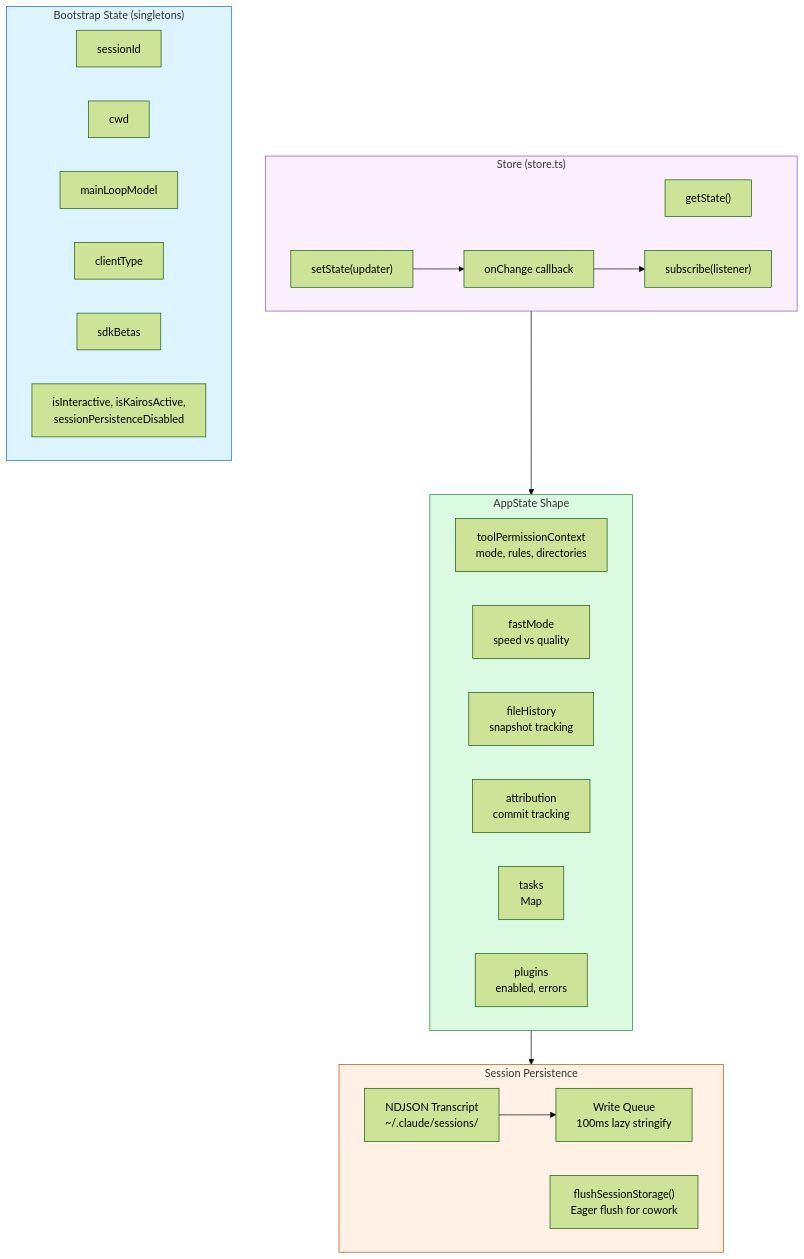
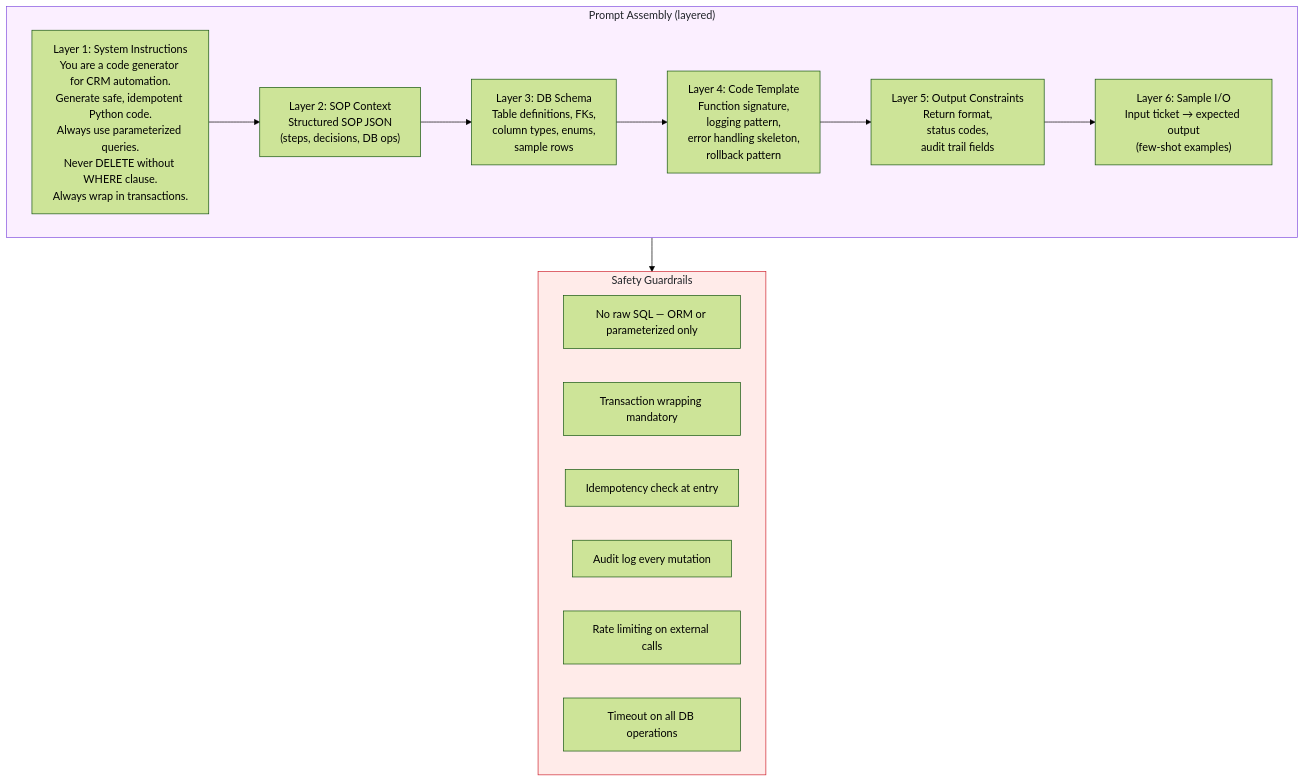
One commit to KiZamaDo/KiZamaDo.github.io changed the fifth of 12 diagrams in README.md. Above: the diagram before and after it, drawn with Mermaid (forest theme). The commit also changed other lines of this file, not shown here.

```diff
--- a/README.md
+++ b/README.md
@@ -450,44 +390,26 @@
   <div class="mermaid">
 graph TB
-    subgraph Store["Store (store.ts)"]
-        GET["getState()"]
-        SET["setState(updater)"]
-        SUB["subscribe(listener)"]
-        ONCHANGE["onChange callback"]
+    subgraph PromptLayers["Prompt Assembly (layered)"]
+        L1["Layer 1: System Instructions<br/>You are a code generator for CRM automation.<br/>Generate safe, idempotent Python code.<br/>Always use parameterized queries.<br/>Never DELETE without WHERE clause.<br/>Always wrap in transactions."]
+        L2["Layer 2: SOP Context<br/>Structured SOP JSON<br/>(steps, decisions, DB ops)"]
+        L3["Layer 3: DB Schema<br/>Table definitions, FKs,<br/>column types, enums,<br/>sample rows"]
+        L4["Layer 4: Code Template<br/>Function signature,<br/>logging pattern,<br/>error handling skeleton,<br/>rollback pattern"]
+        L5["Layer 5: Output Constraints<br/>Return format,<br/>status codes,<br/>audit trail fields"]
+        L6["Layer 6: Sample I/O<br/>Input ticket → expected output<br/>(few-shot examples)"]
     end
 
-    subgraph AppState["AppState Shape"]
-        TOOL_PERM["toolPermissionContext<br/>mode, rules, directories"]
-        FAST_MODE["fastMode<br/>speed vs quality"]
-        FILE_HIST["fileHistory<br/>snapshot tracking"]
-        ATTRIBUTION["attribution<br/>commit tracking"]
-        TASKS_STATE["tasks<br/>Map&lt;id, TaskState&gt;"]
-        PLUGINS_STATE["plugins<br/>enabled, errors"]
+    subgraph Guardrails["Safety Guardrails"]
+        G1["No raw SQL — ORM or parameterized only"]
+        G2["Transaction wrapping mandatory"]
+        G3["Idempotency check at entry"]
+        G4["Audit log every mutation"]
+        G5["Rate limiting on external calls"]
+        G6["Timeout on all DB operations"]
     end
 
-    subgraph Bootstrap["Bootstrap State (singletons)"]
-        SESSION_ID["sessionId"]
-        CWD_STATE["cwd"]
-        MODEL["mainLoopModel"]
-        CLIENT_TYPE["clientType"]
-        SDK_BETAS["sdkBetas"]
-        FLAGS["isInteractive, isKairosActive,<br/>sessionPersistenceDisabled"]
-    end
+    L1 --> L2 --> L3 --> L4 --> L5 --> L6
+    PromptLayers --> Guardrails
 
-    subgraph Persistence["Session Persistence"]
-        TRANSCRIPT["NDJSON Transcript<br/>~/.claude/sessions/"]
-        WRITE_QUEUE["Write Queue<br/>100ms lazy stringify"]
-        FLUSH["flushSessionStorage()<br/>Eager flush for cowork"]
-    end
-
-    SET --> ONCHANGE
-    ONCHANGE --> SUB
-    Store --> AppState
-    AppState --> Persistence
-    TRANSCRIPT --> WRITE_QUEUE
-
-    style Store fill:#fbefff,stroke:#8250df
-    style AppState fill:#dafbe1,stroke:#1a7f37
-    style Bootstrap fill:#ddf4ff,stroke:#0969da
-    style Persistence fill:#fff1e5,stroke:#bc4c00
+    style PromptLayers fill:#fbefff,stroke:#8250df,color:#1f2328
+    style Guardrails fill:#ffebe9,stroke:#cf222e,color:#1f2328
   </div>
```
